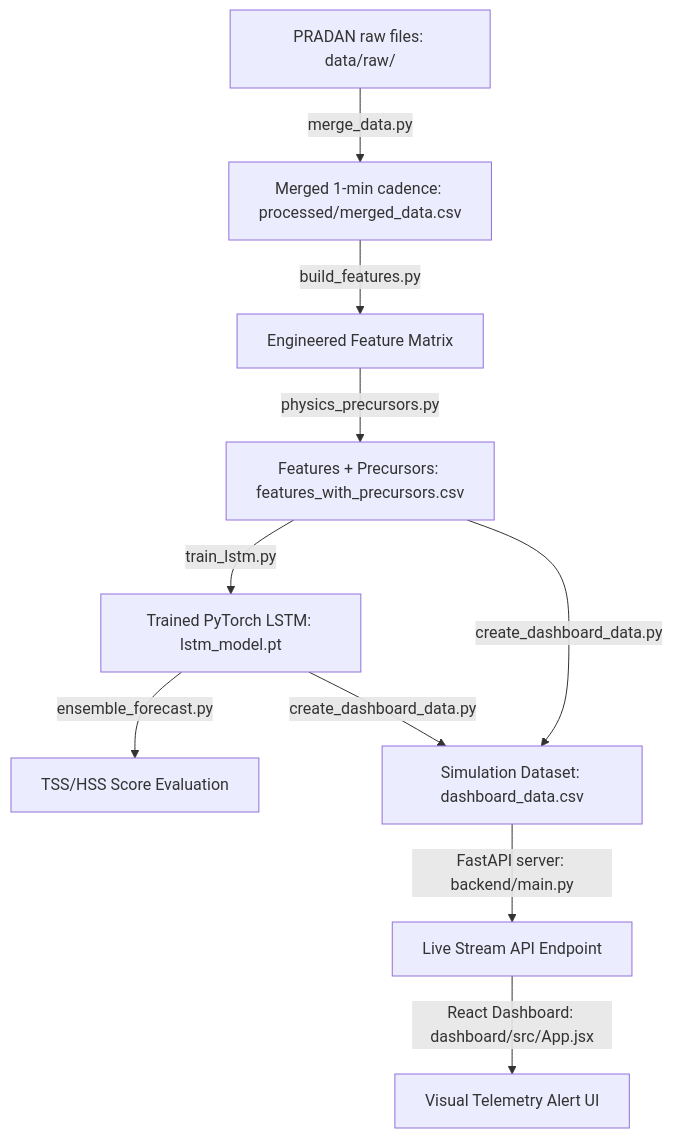
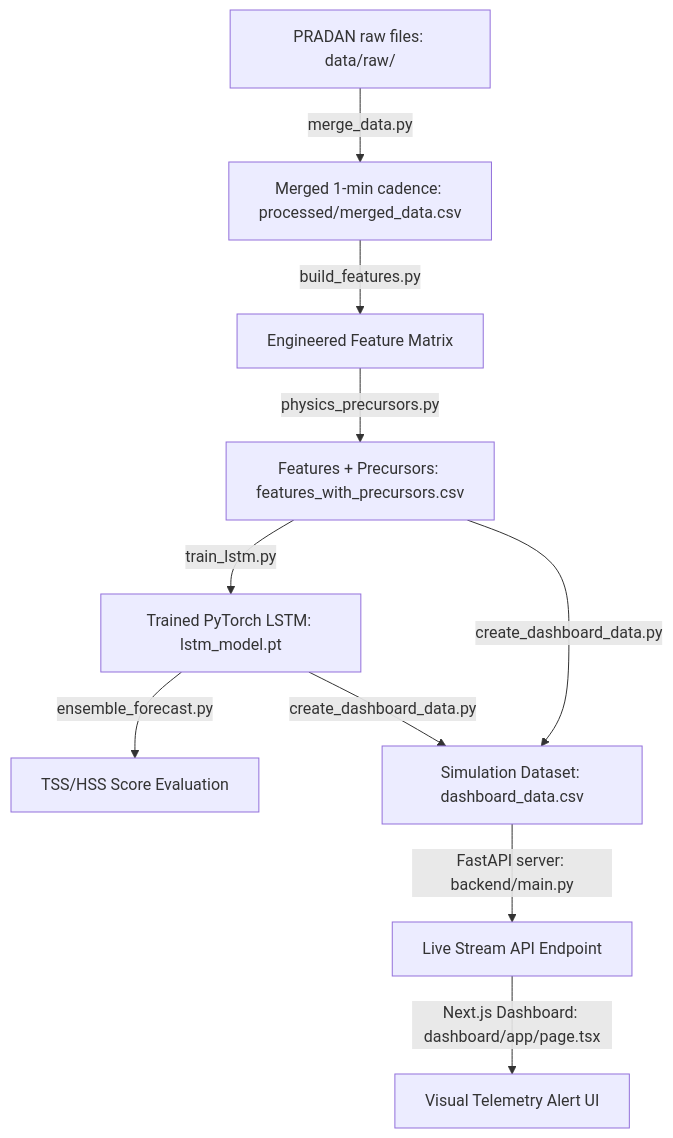
Before and after one commit to Narayana1729/Aditya-L1-Solar-Flare-Forecasting: the diagram in AGENT_GUIDE.md, drawn with Mermaid. The commit also changed other lines of this file and 4 other files, not shown here.

Commit message:
docs: update READMEs and AGENT_GUIDE with Next.js structures, clean imports in dash_app

````diff
--- a/AGENT_GUIDE.md
+++ b/AGENT_GUIDE.md
@@ -13,11 +13,11 @@
 ```mermaid
 graph TD
     A[PRADAN raw files: data/raw/] -->|merge_data.py| B[Merged 1-min cadence: processed/merged_data.csv]
     B -->|build_features.py| C[Engineered Feature Matrix]
     C -->|physics_precursors.py| D[Features + Precursors: features_with_precursors.csv]
     D -->|train_lstm.py| E[Trained PyTorch LSTM: lstm_model.pt]
     E -->|ensemble_forecast.py| F[TSS/HSS Score Evaluation]
     E & D -->|create_dashboard_data.py| G[Simulation Dataset: dashboard_data.csv]
     G -->|FastAPI server: backend/main.py| H[Live Stream API Endpoint]
-    H -->|React Dashboard: dashboard/src/App.jsx| I[Visual Telemetry Alert UI]
+    H -->|Next.js Dashboard: dashboard/app/page.tsx| I[Visual Telemetry Alert UI]
 ```
````
